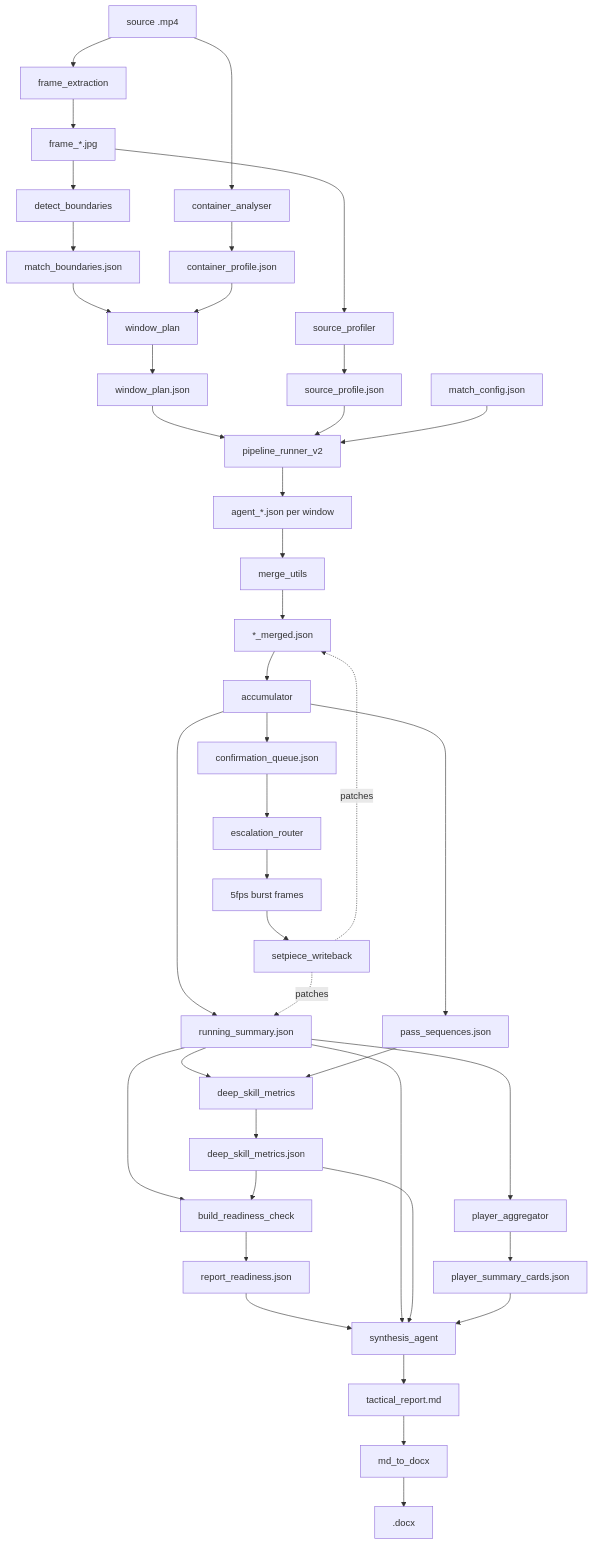
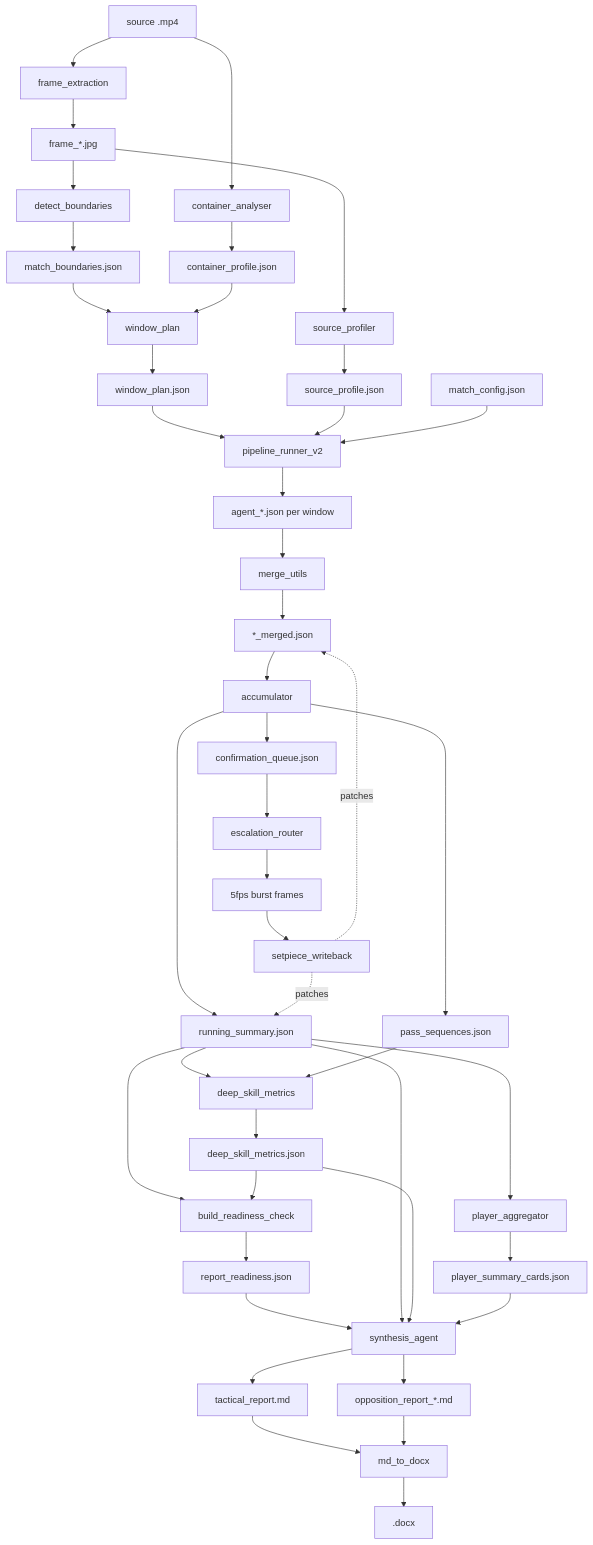
The diagram in ARCHITECTURE.md (M-S83/Match-Lens-copy), drawn with Mermaid before and after one commit. The commit also changed other lines of this file and 9 other files, not shown here.

````diff
--- a/ARCHITECTURE.md
+++ b/ARCHITECTURE.md
@@ -101,44 +101,46 @@
 ```mermaid
 graph TD
     V[source .mp4] --> FE[frame_extraction]
     V --> CA[container_analyser]
     CA --> CP[container_profile.json]
     FE --> FR[frame_*.jpg]
     FR --> DB[detect_boundaries]
     DB --> MB[match_boundaries.json]
     MB --> WP[window_plan]
     CP --> WP
     WP --> WPJ[window_plan.json]
     FR --> SP[source_profiler]
     SP --> SPJ[source_profile.json]
     WPJ --> PR[pipeline_runner_v2]
     SPJ --> PR
     MC[match_config.json] --> PR
     PR --> AG[agent_*.json per window]
     AG --> MU[merge_utils]
     MU --> MRG[*_merged.json]
     MRG --> ACC[accumulator]
     ACC --> RS[running_summary.json]
     ACC --> PS[pass_sequences.json]
     ACC --> CQ[confirmation_queue.json]
     CQ --> ER[escalation_router]
     ER --> BU[5fps burst frames]
     BU --> SW[setpiece_writeback]
     SW -.patches.-> RS
     SW -.patches.-> MRG
     RS --> DSM[deep_skill_metrics]
     PS --> DSM
     DSM --> DSMJ[deep_skill_metrics.json]
     RS --> PA[player_aggregator]
     PA --> PSC[player_summary_cards.json]
     RS --> BRC[build_readiness_check]
     DSMJ --> BRC
     BRC --> RR[report_readiness.json]
     RR --> SA[synthesis_agent]
     RS --> SA
     DSMJ --> SA
     PSC --> SA
     SA --> TR[tactical_report.md]
+    SA --> OR[opposition_report_*.md]
     TR --> MD[md_to_docx]
+    OR --> MD
     MD --> DOCX[.docx]
 ```
````
